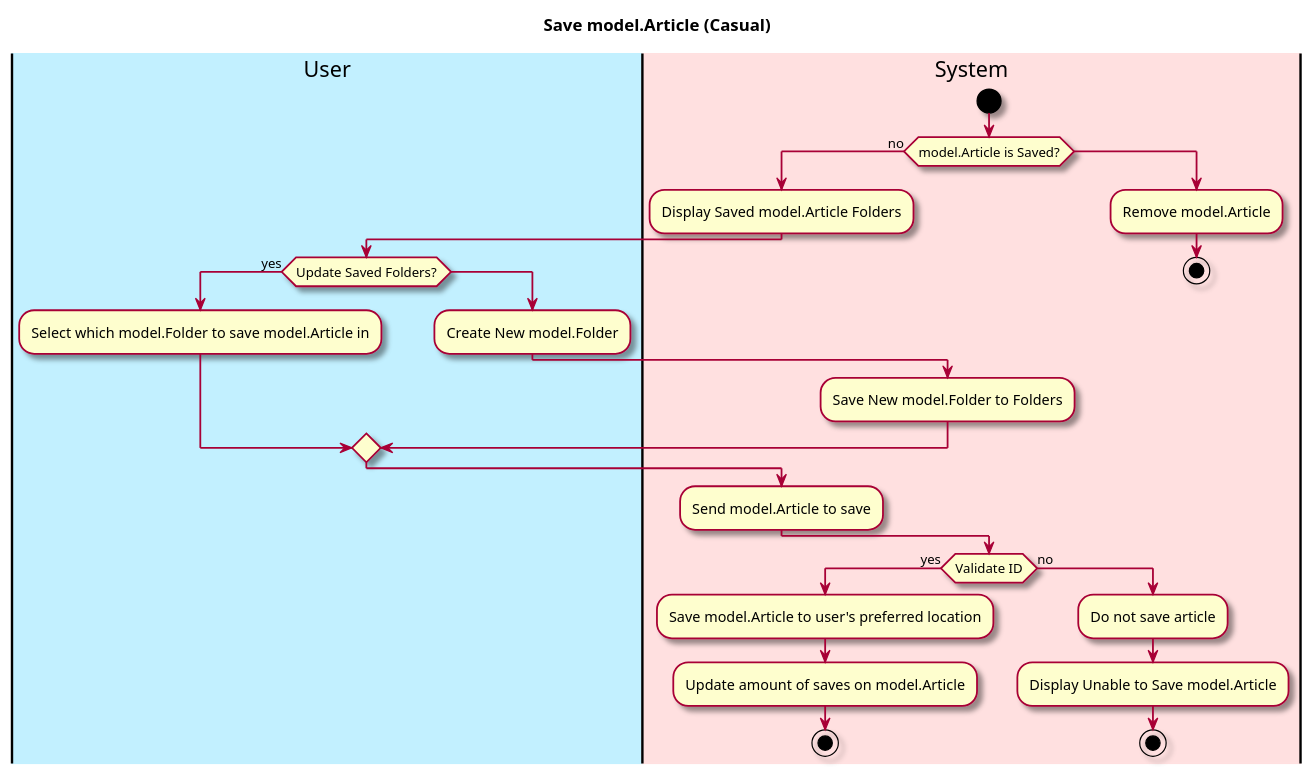
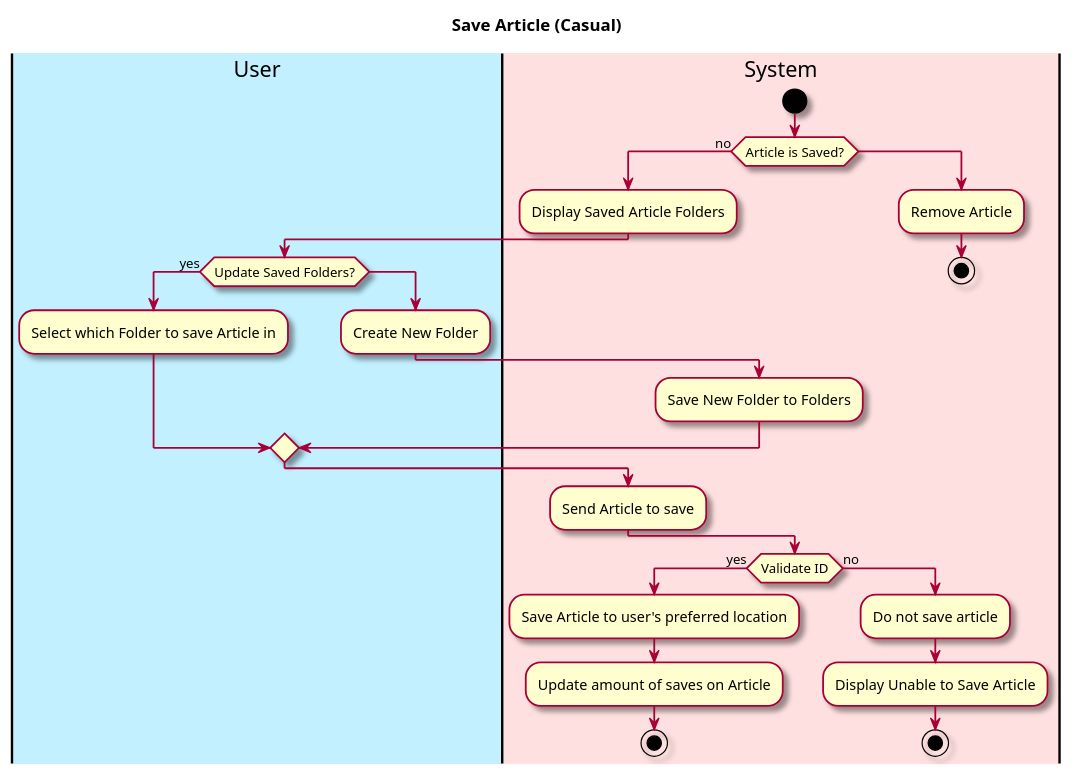
One commit to owhitleym-ui/EcoScoop changed the first of 4 diagrams in intellij/doc/use-cases/save-article.md. Above: the diagram before and after it, drawn with PlantUML. The commit also changed other lines of this file and 8 other files, not shown here.

Commit message:
Updated Sequence Diagrams

````diff
--- a/intellij/doc/use-cases/save-article.md
+++ b/intellij/doc/use-cases/save-article.md
@@ -24,44 +24,44 @@
 ```plantuml
 @startuml
 
 skin rose
 
-title Save model.Article (Casual)
+title Save Article (Casual)
 
 'define the lanes
 |#application|User|
 |#implementation|System|
 
 |System|
 start
-if (model.Article is Saved?) then (no)
-:Display Saved model.Article Folders;
+if (Article is Saved?) then (no)
+:Display Saved Article Folders;
 |User|
 if(Update Saved Folders?) then (yes)
-:Select which model.Folder to save model.Article in;
+:Select which Folder to save Article in;
 else()
-:Create New model.Folder;
+:Create New Folder;
 |System|
-:Save New model.Folder to Folders;
+:Save New Folder to Folders;
 endif
 |System|
-:Send model.Article to save;
+:Send Article to save;
  else ()
-:Remove model.Article;
+:Remove Article;
 stop
 endif
 
 
 |System|
 if (Validate ID) then (yes)
-:Save model.Article to user's preferred location;
-:Update amount of saves on model.Article;
+:Save Article to user's preferred location;
+:Update amount of saves on Article;
 stop
 
 else (no)
 :Do not save article;
-:Display Unable to Save model.Article;
+:Display Unable to Save Article;
 
 stop
 @enduml
 ```
````
